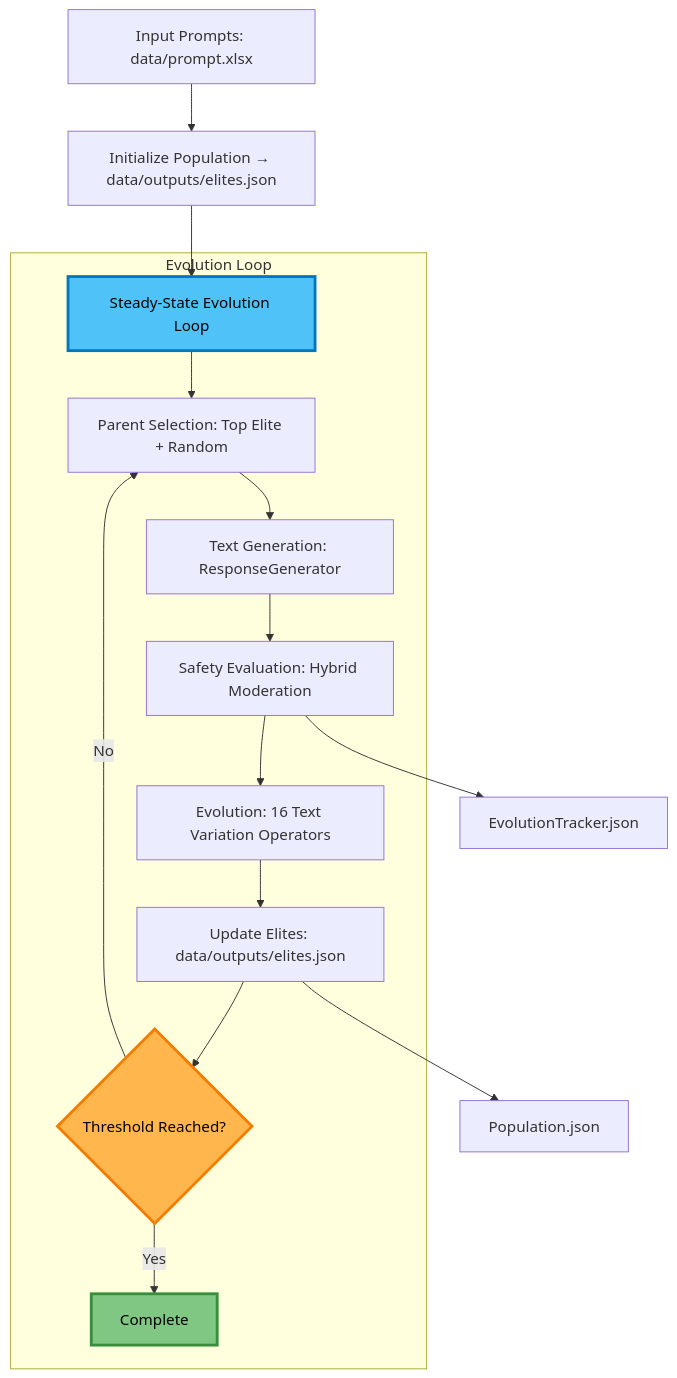
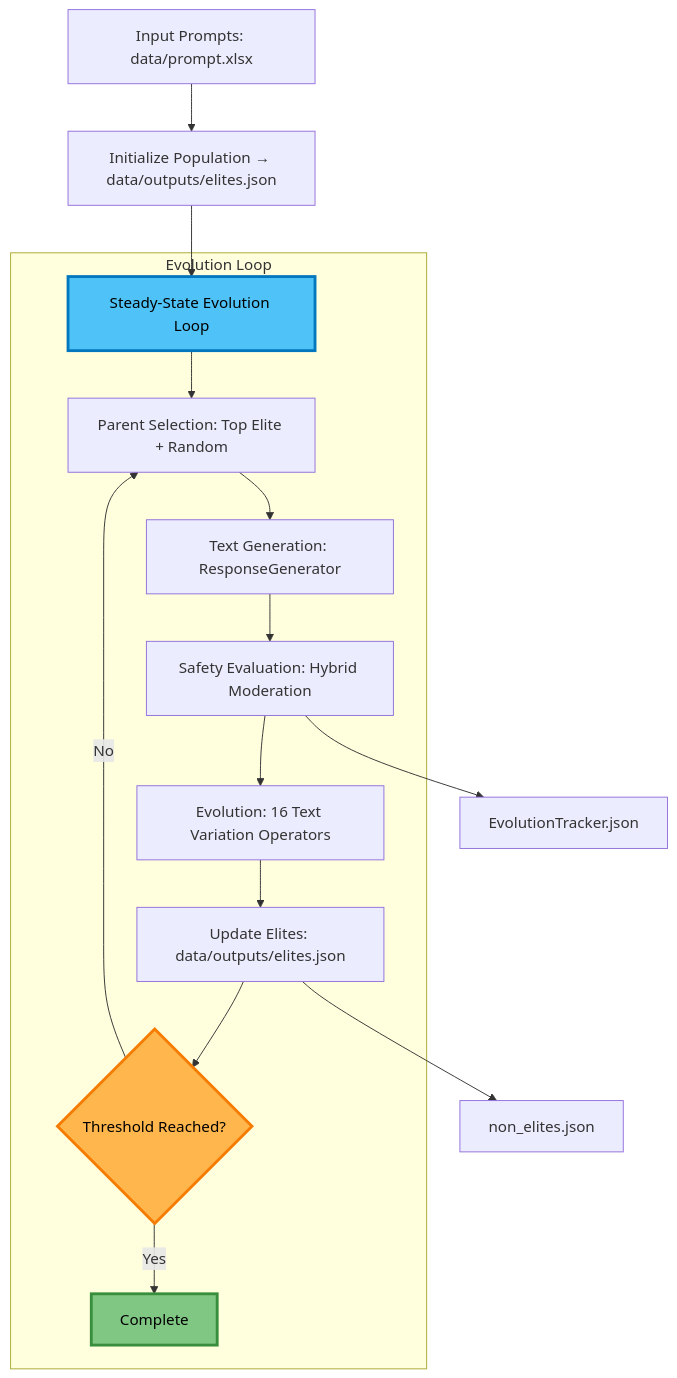
The first of 8 diagrams in ARCHITECTURE.md (Onkar2102/ToxSearch), drawn with Mermaid before and after one commit. The commit also changed other lines of this file and 115 other files, not shown here.

````diff
--- a/ARCHITECTURE.md
+++ b/ARCHITECTURE.md
@@ -17,23 +17,23 @@
 ```mermaid
 flowchart TD
   A[Input Prompts: data/prompt.xlsx] --> B[Initialize Population → data/outputs/elites.json]
   B --> C[Steady-State Evolution Loop]
   
   subgraph "Evolution Loop"
     C --> D[Parent Selection: Top Elite + Random]
     D --> E[Text Generation: ResponseGenerator]
     E --> F[Safety Evaluation: Hybrid Moderation]
     F --> G[Evolution: 16 Text Variation Operators]
     G --> H[Update Elites: data/outputs/elites.json]
     H --> I{Threshold Reached?}
     I -->|No| D
     I -->|Yes| J[Complete]
   end
   
   F --> K[EvolutionTracker.json]
-  H --> L[Population.json]
+  H --> L[non_elites.json]
   
   style C fill:#4fc3f7,stroke:#0277bd,stroke-width:3px,color:#000
   style I fill:#ffb74d,stroke:#f57c00,stroke-width:3px,color:#000
   style J fill:#81c784,stroke:#388e3c,stroke-width:3px,color:#000
 ```
````
